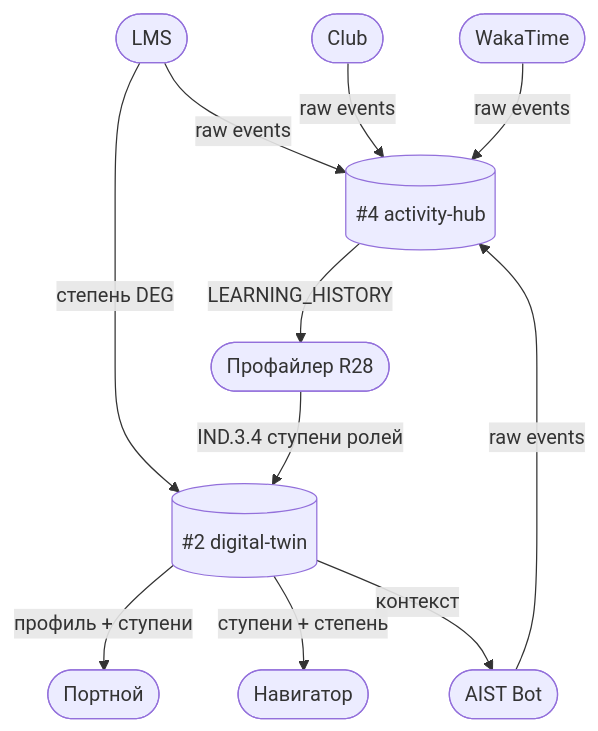
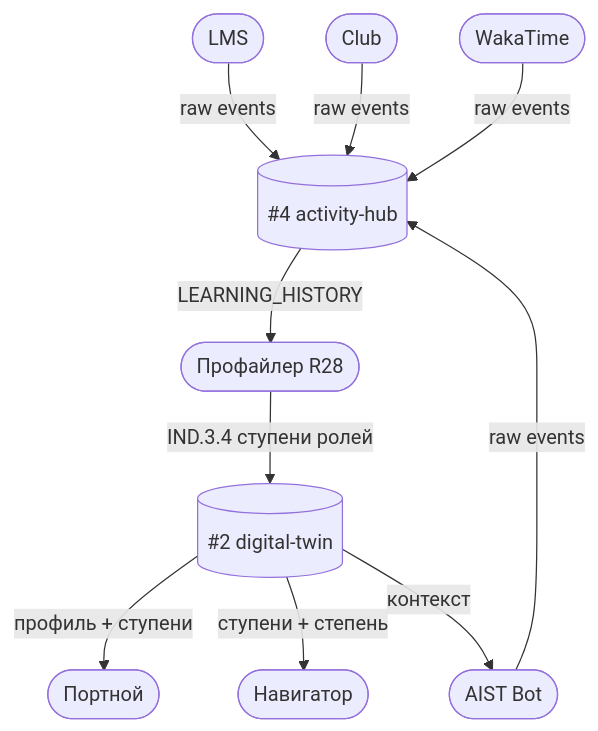
Before and after one commit to TserenTserenov/PACK-digital-platform: the third of 10 diagrams in pack/digital-platform/02-domain-entities/DP.ARCH.004-neon-data-architecture.md, drawn with Mermaid. The commit also changed other lines of this file, not shown here.

First line of the commit message:
refactor(dp.arch.004): remove §4.1 ASCII, renumber sections, fix 4.4 flow

````diff
--- a/pack/digital-platform/02-domain-entities/DP.ARCH.004-neon-data-architecture.md
+++ b/pack/digital-platform/02-domain-entities/DP.ARCH.004-neon-data-architecture.md
@@ -292,17 +238,16 @@
 ```mermaid
 graph TD
     LMS([LMS]) -->|raw events| AH
     Club([Club]) -->|raw events| AH
     Bot([AIST Bot]) -->|raw events| AH
     WakaTime([WakaTime]) -->|raw events| AH
 
     AH[(#4 activity-hub)]
 
     AH -->|LEARNING_HISTORY| Profiler([Профайлер R28])
-    LMS -->|степень DEG| DT
     Profiler -->|IND.3.4 ступени ролей| DT[(#2 digital-twin)]
 
     DT -->|профиль + ступени| Tailor([Портной])
     DT -->|ступени + степень| Navigator([Навигатор])
     DT -->|контекст| Bot
 ```
````
